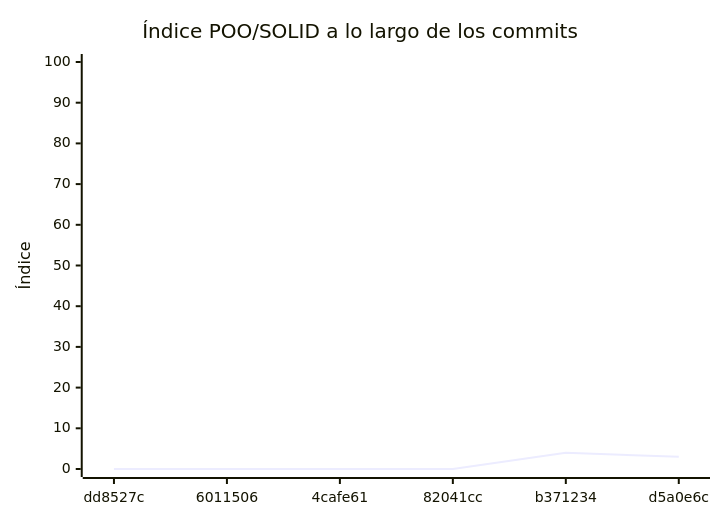
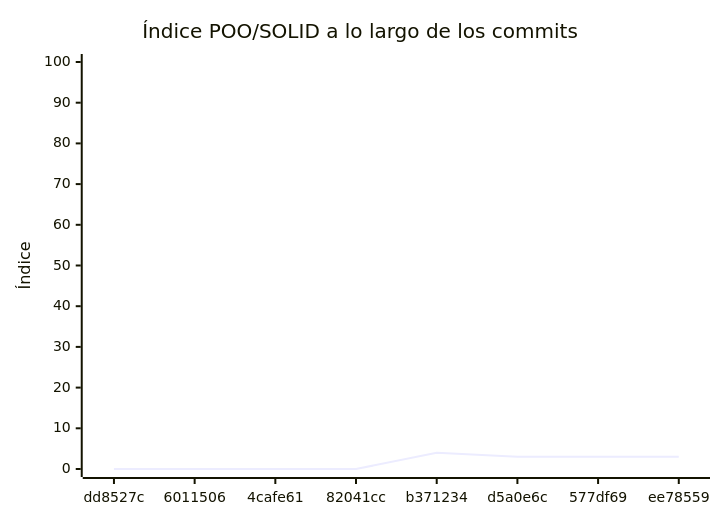
Before and after one commit to organizacion-sonica/proyecto-fisica: the diagram in docs/EVALUACION.md, drawn with Mermaid. The commit also changed other lines of this file and 1 other file, not shown here.

````diff
--- a/docs/EVALUACION.md
+++ b/docs/EVALUACION.md
@@ -285,7 +301,7 @@
 ```mermaid
 xychart-beta
     title "Índice POO/SOLID a lo largo de los commits"
-    x-axis ["dd8527c", "6011506", "4cafe61", "82041cc", "b371234", "d5a0e6c"]
+    x-axis ["dd8527c", "6011506", "4cafe61", "82041cc", "b371234", "d5a0e6c", "577df69", "ee78559"]
     y-axis "Índice" 0 --> 100
-    line [0, 0, 0, 0, 4, 3]
+    line [0, 0, 0, 0, 4, 3, 3, 3]
 ```
````
